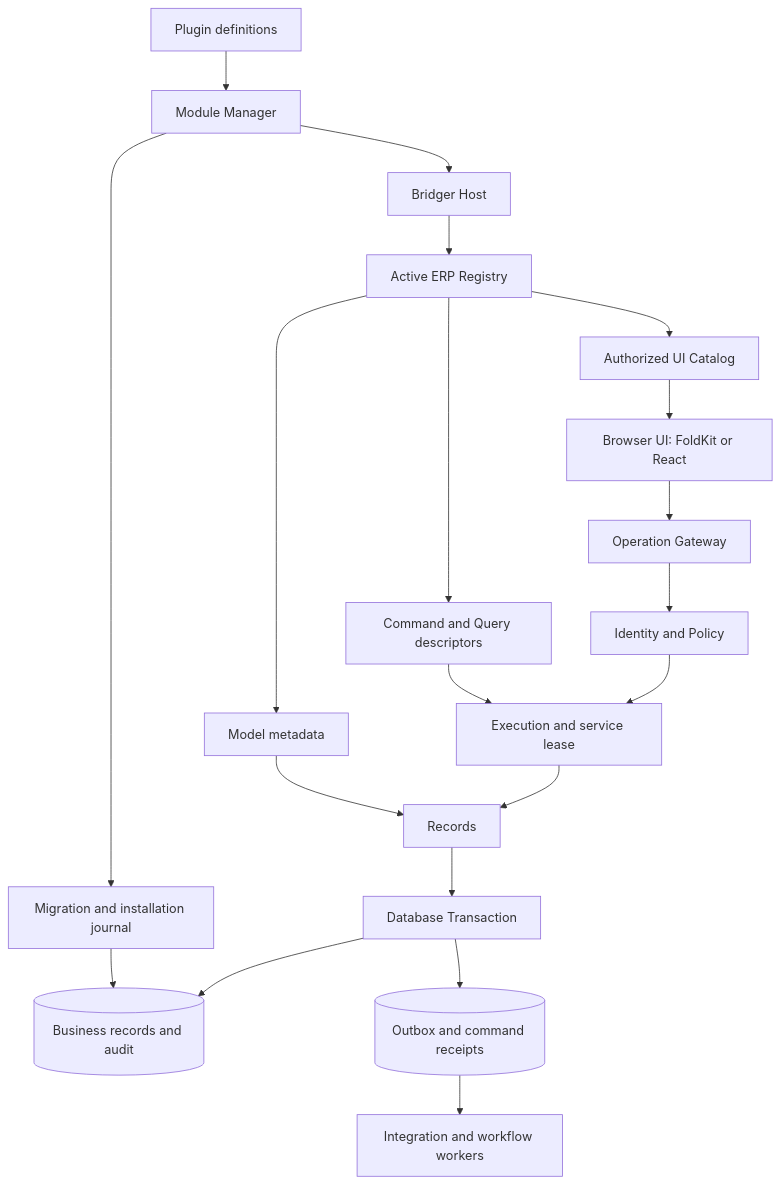
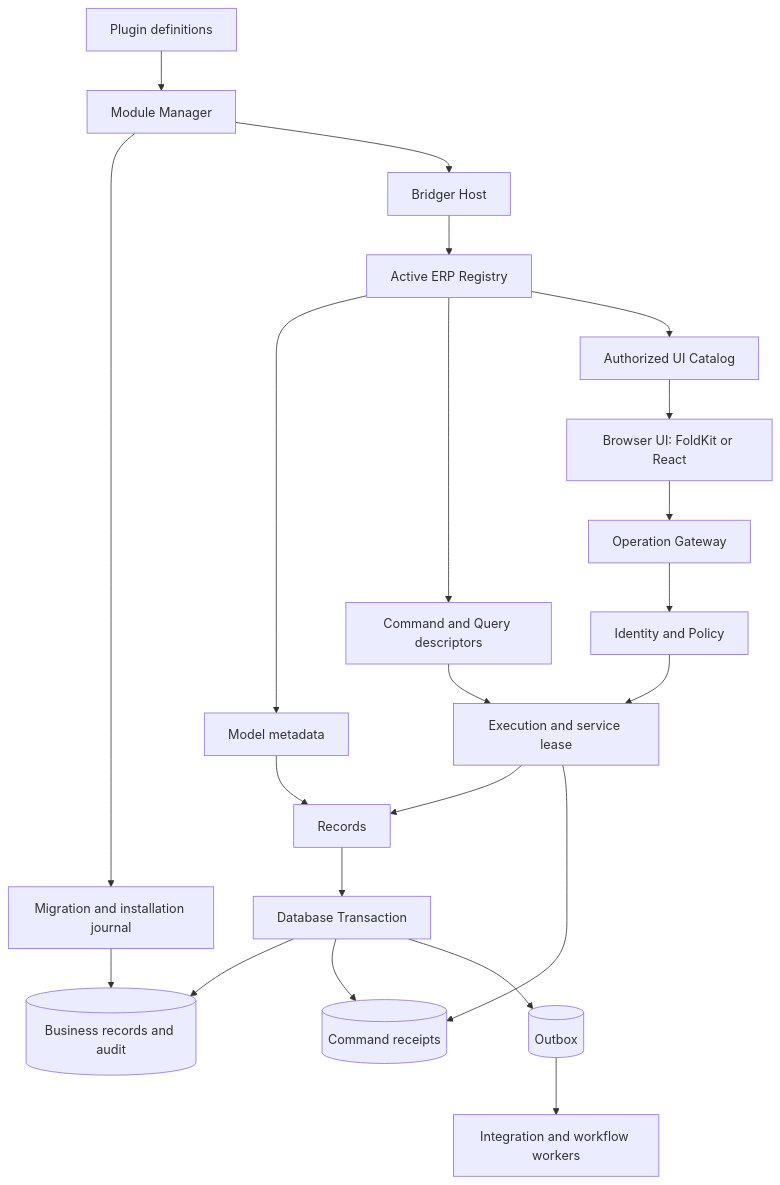
Before and after one commit to leaderiop/Bridger: the first of 3 diagrams in docs/ERP-SPEC.md, drawn with Mermaid. The commit also changed other lines of this file and 173 other files, not shown here.

````diff
--- a/docs/ERP-SPEC.md
+++ b/docs/ERP-SPEC.md
@@ -36,22 +36,24 @@
 ```mermaid
 flowchart TB
     Author[Plugin definitions] --> Manager[Module Manager]
     Manager --> Installer[Migration and installation journal]
     Manager --> Host[Bridger Host]
     Host --> Registry[Active ERP Registry]
     Registry --> Models[Model metadata]
     Registry --> Operations[Command and Query descriptors]
     Registry --> Catalog[Authorized UI Catalog]
     Browser[Browser UI: FoldKit or React] --> Gateway[Operation Gateway]
     Catalog --> Browser
     Gateway --> Identity[Identity and Policy]
     Identity --> Execute[Execution and service lease]
     Operations --> Execute
     Execute --> Records[Records]
     Models --> Records
     Records --> Tx[Database Transaction]
     Tx --> DB[(Business records and audit)]
-    Tx --> Outbox[(Outbox and command receipts)]
+    Execute --> Receipts[(Command receipts)]
+    Tx --> Receipts
+    Tx --> Outbox[(Outbox)]
     Outbox --> Jobs[Integration and workflow workers]
     Installer --> DB
 ```
````
